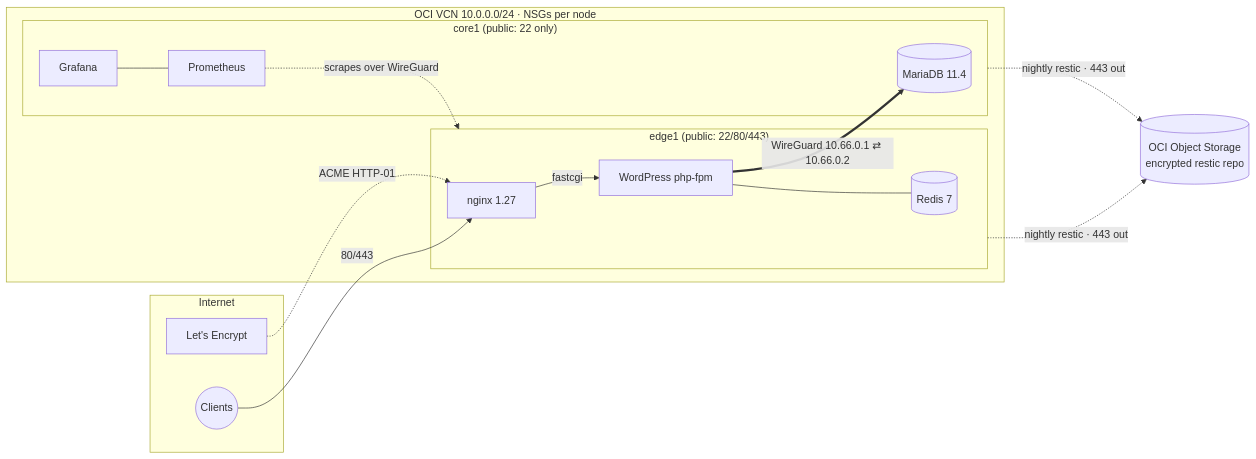
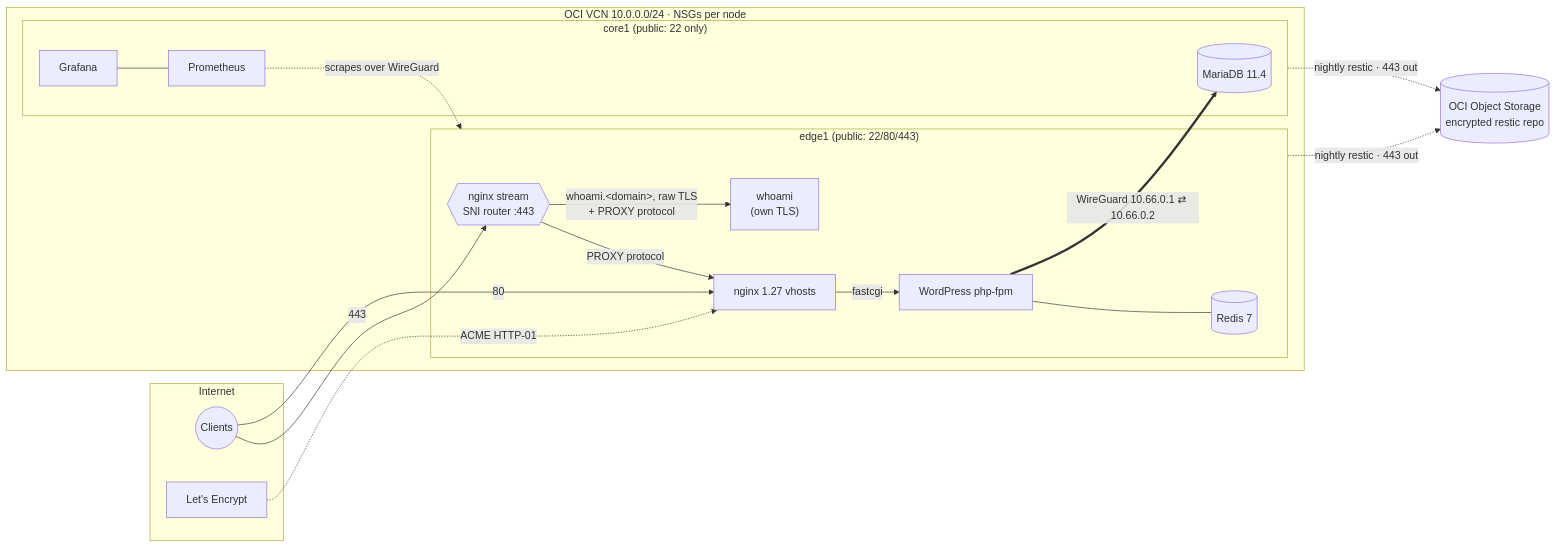
The diagram in README.md (pavel-zin/infra-platform), drawn with Mermaid before and after one commit. The commit also changed other lines of this file and 60 other files, not shown here.

First line of the commit message:
whoami: browser fingerprint test at whoami.<domain>

````diff
--- a/README.md
+++ b/README.md
@@ -17,32 +22,37 @@
 ```mermaid
 flowchart LR
     subgraph internet[Internet]
         clients((Clients))
         le[Let's Encrypt]
     end
 
     subgraph vcn["OCI VCN 10.0.0.0/24 · NSGs per node"]
         subgraph edge["edge1 (public: 22/80/443)"]
-            nginx[nginx 1.27]
+            sni{{"nginx stream<br/>SNI router :443"}}
+            nginx[nginx 1.27 vhosts]
+            whoami["whoami<br/>(own TLS)"]
             wp[WordPress php-fpm]
             redis[(Redis 7)]
         end
         subgraph core["core1 (public: 22 only)"]
             db[(MariaDB 11.4)]
             prom[Prometheus]
             graf[Grafana]
         end
     end
 
     bucket[("OCI Object Storage<br/>encrypted restic repo")]
 
-    clients -- "80/443" --> nginx
+    clients -- "443" --> sni
+    clients -- "80" --> nginx
+    sni -- "PROXY protocol" --> nginx
+    sni -- "whoami.&lt;domain&gt;, raw TLS<br/>+ PROXY protocol" --> whoami
     le -. "ACME HTTP-01" .-> nginx
     nginx -- fastcgi --> wp
     wp --- redis
     wp == "WireGuard 10.66.0.1 ⇄ 10.66.0.2" ==> db
     prom -. "scrapes over WireGuard" .-> edge
     graf --- prom
     edge -. "nightly restic · 443 out" .-> bucket
     core -. "nightly restic · 443 out" .-> bucket
 ```
````
